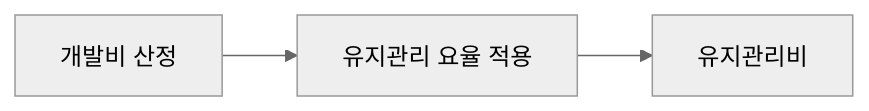
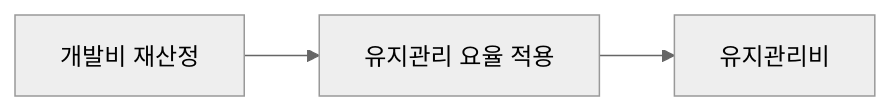
The first of 2 diagrams in content/sw-operation-cost.md (coninggu/wjdqhrhksflrltnftk), drawn with Mermaid (neutral theme) before and after one commit. The commit also changed other lines of this file and 6 other files, not shown here.

````diff
--- a/content/sw-operation-cost.md
+++ b/content/sw-operation-cost.md
@@ -13,5 +15,5 @@
 ```mermaid
 flowchart LR
-  D[개발비 산정] --> R[유지관리 요율 적용]
+  D[개발비 재산정] --> R[유지관리 요율 적용]
   R --> C[유지관리비]
 ```
````
